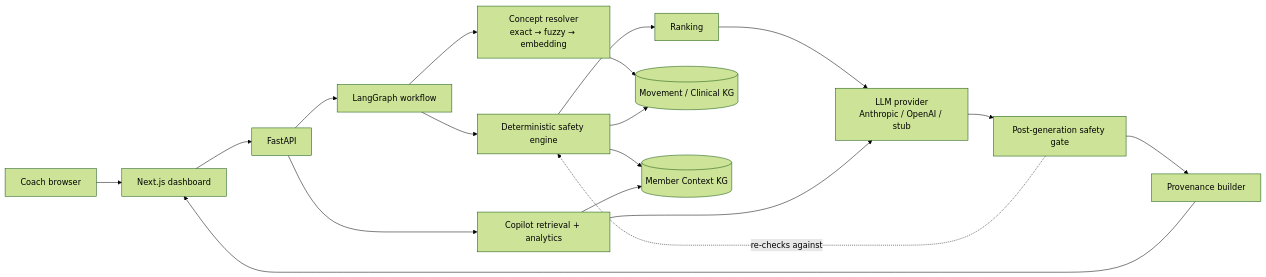
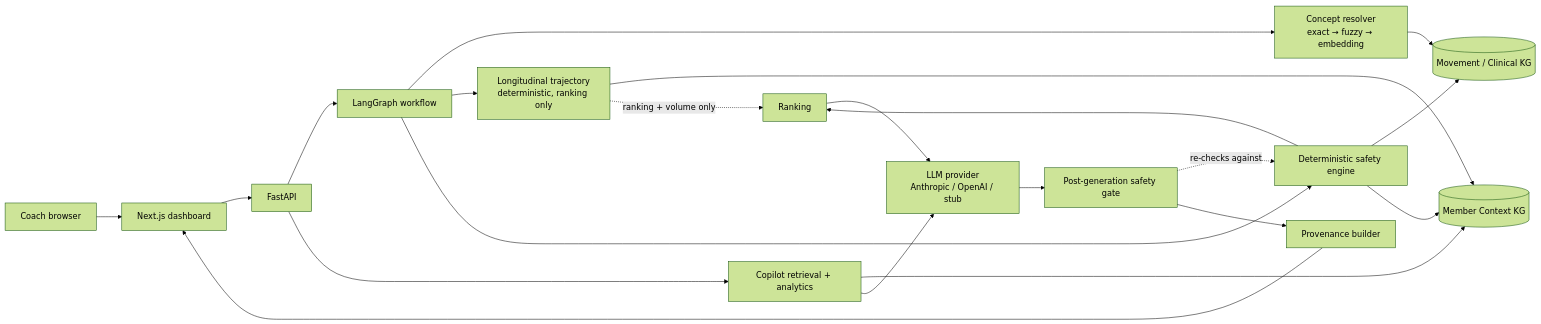
One commit to sohailataiml/AIPersonalizedCoach changed the diagram in README.md. Above: the diagram before and after it, drawn with Mermaid (forest theme). The commit also changed other lines of this file and 22 other files, not shown here.

First line of the commit message:
feat: deterministic longitudinal member reasoning influences ranking

````diff
--- a/README.md
+++ b/README.md
@@ -141,27 +142,30 @@
 ```mermaid
 flowchart LR
     Coach[Coach browser]
     UI[Next.js dashboard]
     API[FastAPI]
     ORCH[LangGraph workflow]
     RES[Concept resolver<br/>exact → fuzzy → embedding]
+    LONG[Longitudinal trajectory<br/>deterministic, ranking only]
     SAFE[Deterministic safety engine]
     RANK[Ranking]
     LLM[LLM provider<br/>Anthropic / OpenAI / stub]
     GATE[Post-generation safety gate]
     PROV[Provenance builder]
     COP[Copilot retrieval + analytics]
     KG1[(Movement / Clinical KG)]
     KG2[(Member Context KG)]
 
     Coach --> UI --> API --> ORCH
     ORCH --> RES --> KG1
+    ORCH --> LONG --> KG2
     ORCH --> SAFE
     SAFE --> KG1
     SAFE --> KG2
     SAFE --> RANK --> LLM --> GATE
+    LONG -.->|ranking + volume only| RANK
     GATE -.->|re-checks against| SAFE
     GATE --> PROV --> UI
     API --> COP --> KG2
     COP --> LLM
 ```
````
